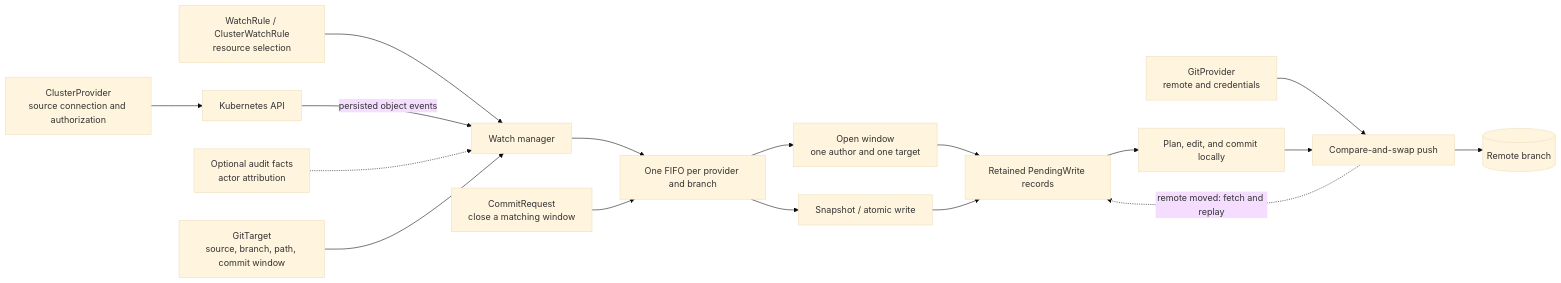
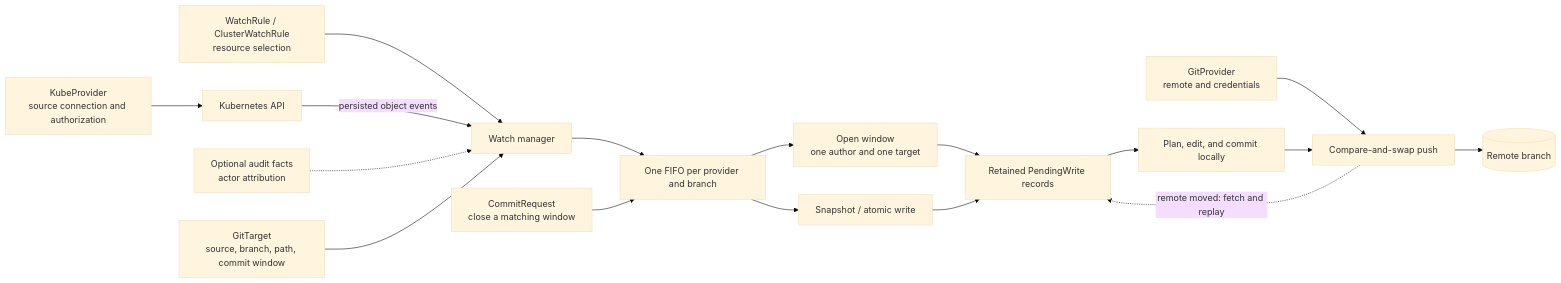
The first of 5 diagrams in docs/api-first-publication.md (ConfigButler/gitops-reverser), drawn with Mermaid (base theme) before and after one commit. The commit also changed other lines of this file and 225 other files, not shown here.

First line of the commit message:
feat!: replace ClusterProvider with a namespaced KubeProvider (#430)

````diff
--- a/docs/api-first-publication.md
+++ b/docs/api-first-publication.md
@@ -42,19 +42,19 @@
 ```mermaid
 flowchart LR
-    CP["ClusterProvider<br/>source connection and authorization"] --> API["Kubernetes API"]
+    CP["KubeProvider<br/>source connection and authorization"] --> API["Kubernetes API"]
     WR["WatchRule / ClusterWatchRule<br/>resource selection"] --> WATCH["Watch manager"]
     API -->|"persisted object events"| WATCH
     AUDIT["Optional audit facts<br/>actor attribution"] -.-> WATCH
     GT["GitTarget<br/>source, branch, path, commit window"] --> WATCH
     WATCH --> QUEUE["One FIFO per provider and branch"]
     CR["CommitRequest<br/>close a matching window"] --> QUEUE
     QUEUE --> WINDOW["Open window<br/>one author and one target"]
     QUEUE --> SNAP["Snapshot / atomic write"]
     WINDOW --> PENDING["Retained PendingWrite records"]
     SNAP --> PENDING
     PENDING --> LOCAL["Plan, edit, and commit locally"]
     GP["GitProvider<br/>remote and credentials"] --> PUSH["Compare-and-swap push"]
     LOCAL --> PUSH
     PUSH --> REMOTE[("Remote branch")]
     PUSH -. "remote moved: fetch and replay" .-> PENDING
 ```
````
